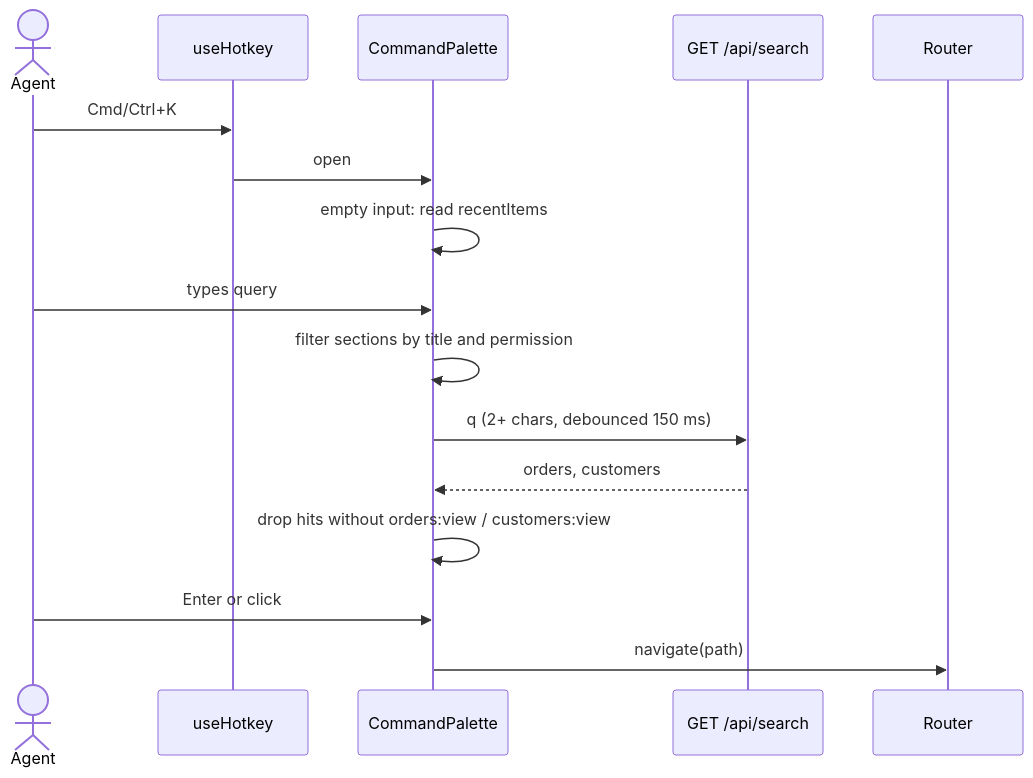
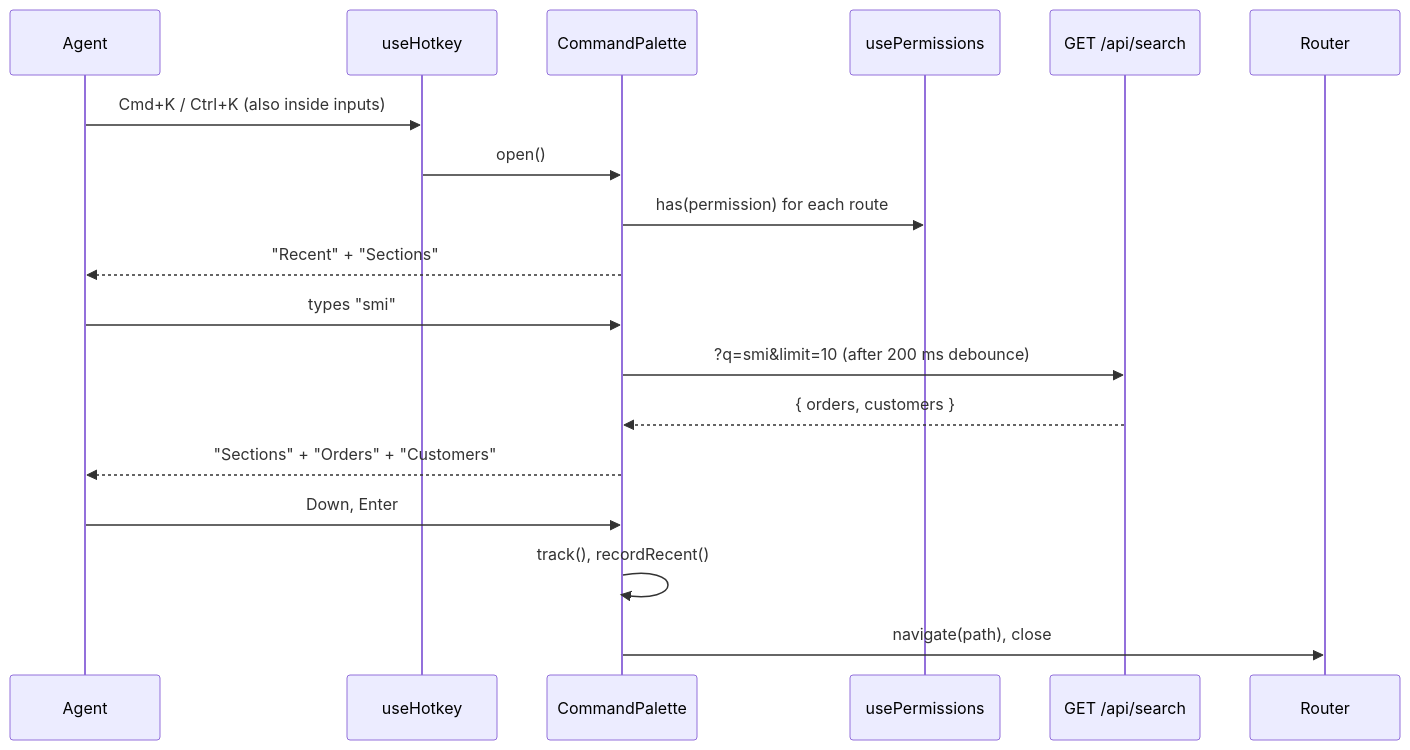
Before and after one commit to fedorovsky/docs: the diagram in playground/app/docs/features/command-palette/en/spec.md, drawn with Mermaid. The commit also changed other lines of this file and 11 other files, not shown here.

````diff
--- a/playground/app/docs/features/command-palette/en/spec.md
+++ b/playground/app/docs/features/command-palette/en/spec.md
@@ -38,18 +38,20 @@
 ```mermaid
 sequenceDiagram
-  actor Agent
-  participant Hotkey as useHotkey
-  participant Palette as CommandPalette
-  participant Search as GET /api/search
+  participant Agent
+  participant useHotkey
+  participant CommandPalette
+  participant usePermissions
+  participant API as GET /api/search
   participant Router
-  Agent->>Hotkey: Cmd/Ctrl+K
-  Hotkey->>Palette: open
-  Palette->>Palette: empty input: read recentItems
-  Agent->>Palette: types query
-  Palette->>Palette: filter sections by title and permission
-  Palette->>Search: q (2+ chars, debounced 150 ms)
-  Search-->>Palette: orders, customers
-  Palette->>Palette: drop hits without orders:view / customers:view
-  Agent->>Palette: Enter or click
-  Palette->>Router: navigate(path)
+  Agent->>useHotkey: Cmd+K / Ctrl+K (also inside inputs)
+  useHotkey->>CommandPalette: open()
+  CommandPalette->>usePermissions: has(permission) for each route
+  CommandPalette-->>Agent: "Recent" + "Sections"
+  Agent->>CommandPalette: types "smi"
+  CommandPalette->>API: ?q=smi&limit=10 (after 200 ms debounce)
+  API-->>CommandPalette: { orders, customers }
+  CommandPalette-->>Agent: "Sections" + "Orders" + "Customers"
+  Agent->>CommandPalette: Down, Enter
+  CommandPalette->>CommandPalette: track(), recordRecent()
+  CommandPalette->>Router: navigate(path), close
 ```
````
